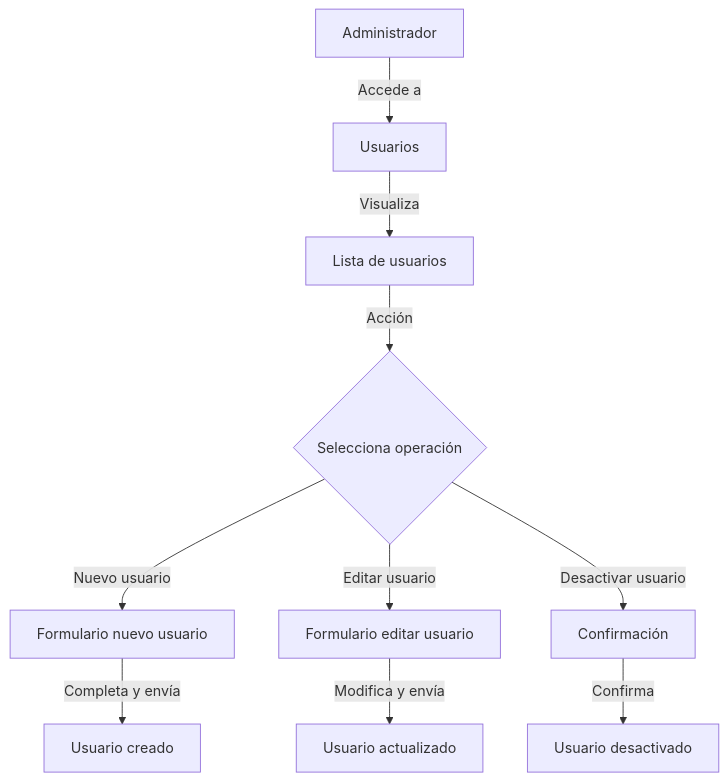
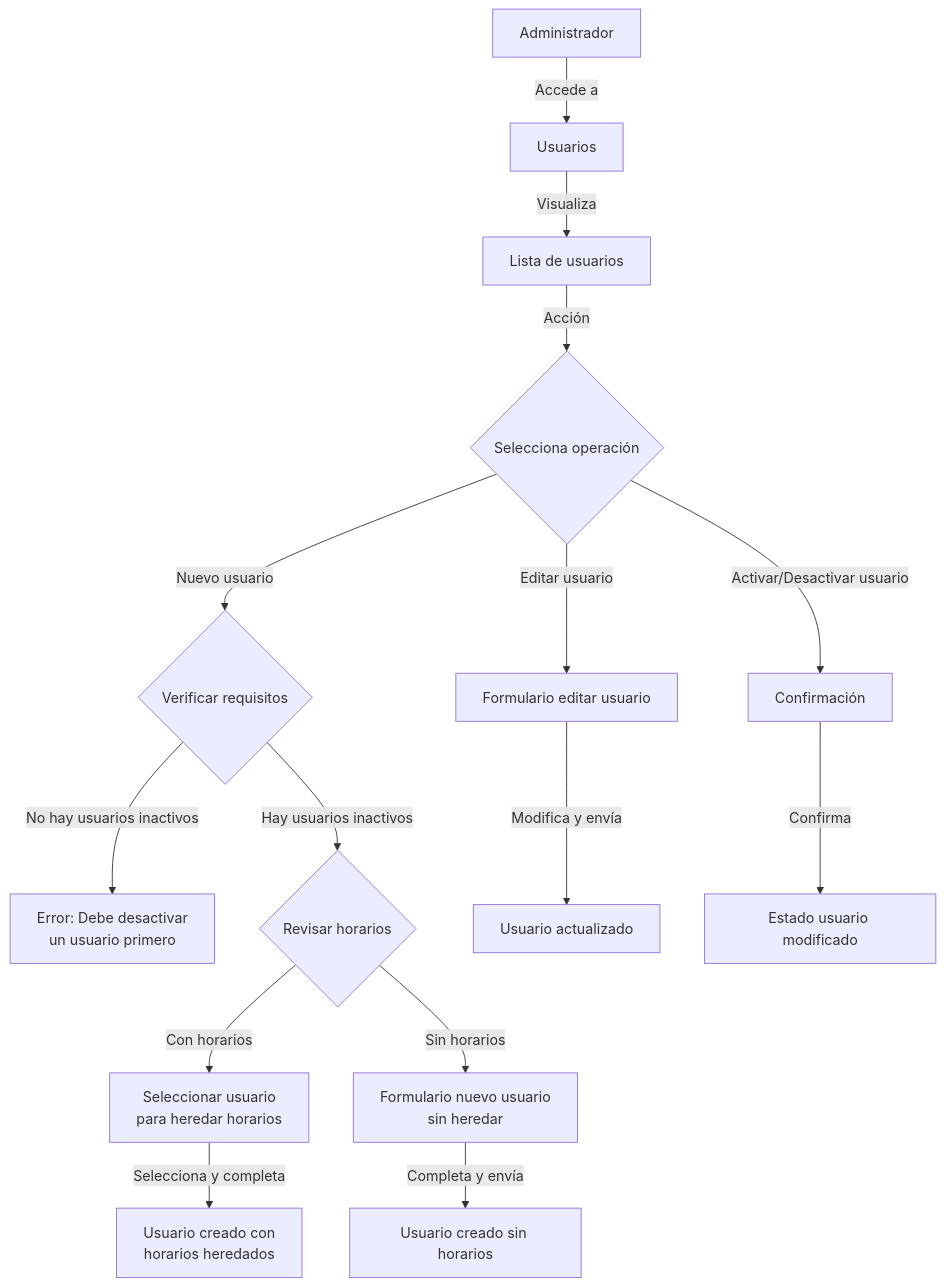
The seventh of 21 diagrams in doc/DIAGRAMAS-FLUJO.md (RGiskard7/gestion-guardias), drawn with Mermaid before and after one commit. The commit also changed other lines of this file and 7 other files, not shown here.

Commit message:
feat: implementa sistema de autenticación con bcrypt, mejora gestión de horarios y soluciona visualización en modo oscuro

````diff
--- a/doc/DIAGRAMAS-FLUJO.md
+++ b/doc/DIAGRAMAS-FLUJO.md
@@ -146,12 +146,19 @@
 ```mermaid
 flowchart TD
     A[Administrador] -->|Accede a| B[Usuarios]
     B -->|Visualiza| C[Lista de usuarios]
     C -->|Acción| D{Selecciona operación}
-    D -->|Nuevo usuario| E[Formulario nuevo usuario]
+    D -->|Nuevo usuario| E{Verificar requisitos}
     D -->|Editar usuario| F[Formulario editar usuario]
-    D -->|Desactivar usuario| G[Confirmación]
-    E -->|Completa y envía| H[Usuario creado]
+    D -->|Activar/Desactivar usuario| G[Confirmación]
+    
+    E -->|No hay usuarios inactivos| E1[Error: Debe desactivar\nun usuario primero]
+    E -->|Hay usuarios inactivos| E2{Revisar horarios}
+    E2 -->|Con horarios| E3[Seleccionar usuario\npara heredar horarios]
+    E2 -->|Sin horarios| E4[Formulario nuevo usuario\nsin heredar]
+    
+    E3 -->|Selecciona y completa| H1[Usuario creado con\nhorarios heredados]
+    E4 -->|Completa y envía| H2[Usuario creado sin horarios]
     F -->|Modifica y envía| I[Usuario actualizado]
-    G -->|Confirma| J[Usuario desactivado]
+    G -->|Confirma| J[Estado usuario modificado]
 ```
````
